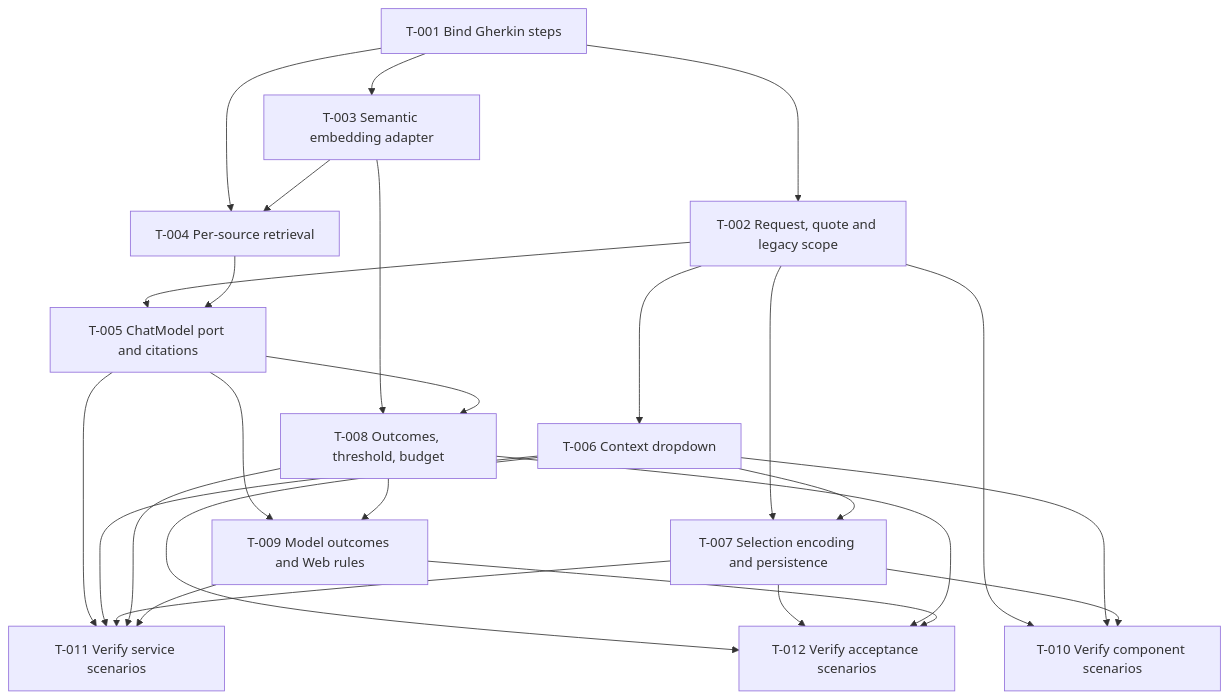
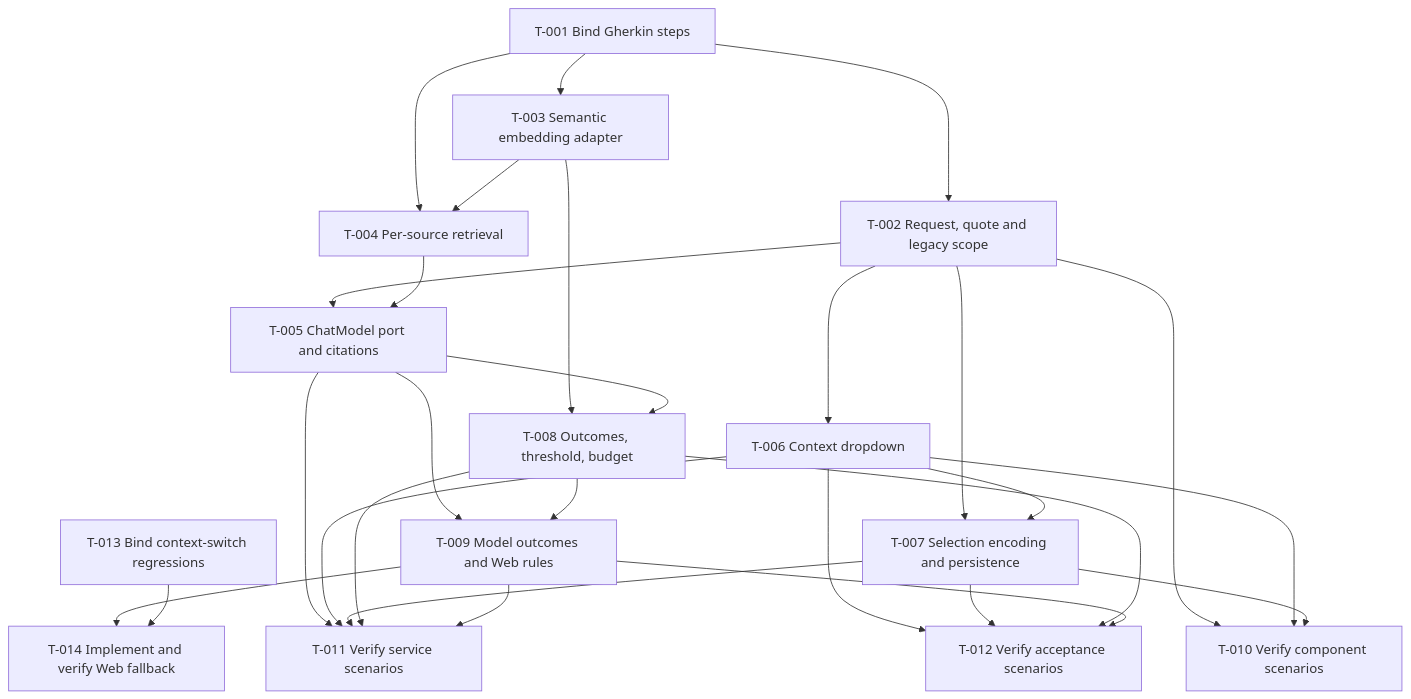
One commit to b-chua-student/theseus changed the diagram in specs/assistant/combined_context/tasks.md. Above: the diagram before and after it, drawn with Mermaid. The commit also changed other lines of this file and 10 other files, not shown here.

````diff
--- a/specs/assistant/combined_context/tasks.md
+++ b/specs/assistant/combined_context/tasks.md
@@ -7,40 +7,44 @@
 ```mermaid
 flowchart TD
     T001["T-001 Bind Gherkin steps"]
     T002["T-002 Request, quote and legacy scope"]
     T003["T-003 Semantic embedding adapter"]
     T004["T-004 Per-source retrieval"]
     T005["T-005 ChatModel port and citations"]
     T006["T-006 Context dropdown"]
     T007["T-007 Selection encoding and persistence"]
     T008["T-008 Outcomes, threshold, budget"]
     T009["T-009 Model outcomes and Web rules"]
     T010["T-010 Verify component scenarios"]
     T011["T-011 Verify service scenarios"]
     T012["T-012 Verify acceptance scenarios"]
+    T013["T-013 Bind context-switch regressions"]
+    T014["T-014 Implement and verify Web fallback"]
+    T009 --> T014
+    T013 --> T014
     T001 --> T002
     T001 --> T003
     T001 --> T004
     T003 --> T004
     T002 --> T005
     T004 --> T005
     T002 --> T006
     T002 --> T007
     T006 --> T007
     T003 --> T008
     T005 --> T008
     T005 --> T009
     T008 --> T009
     T002 --> T010
     T006 --> T010
     T007 --> T010
     T005 --> T011
     T006 --> T011
     T007 --> T011
     T008 --> T011
     T009 --> T011
     T006 --> T012
     T007 --> T012
     T008 --> T012
     T009 --> T012
 ```
````
